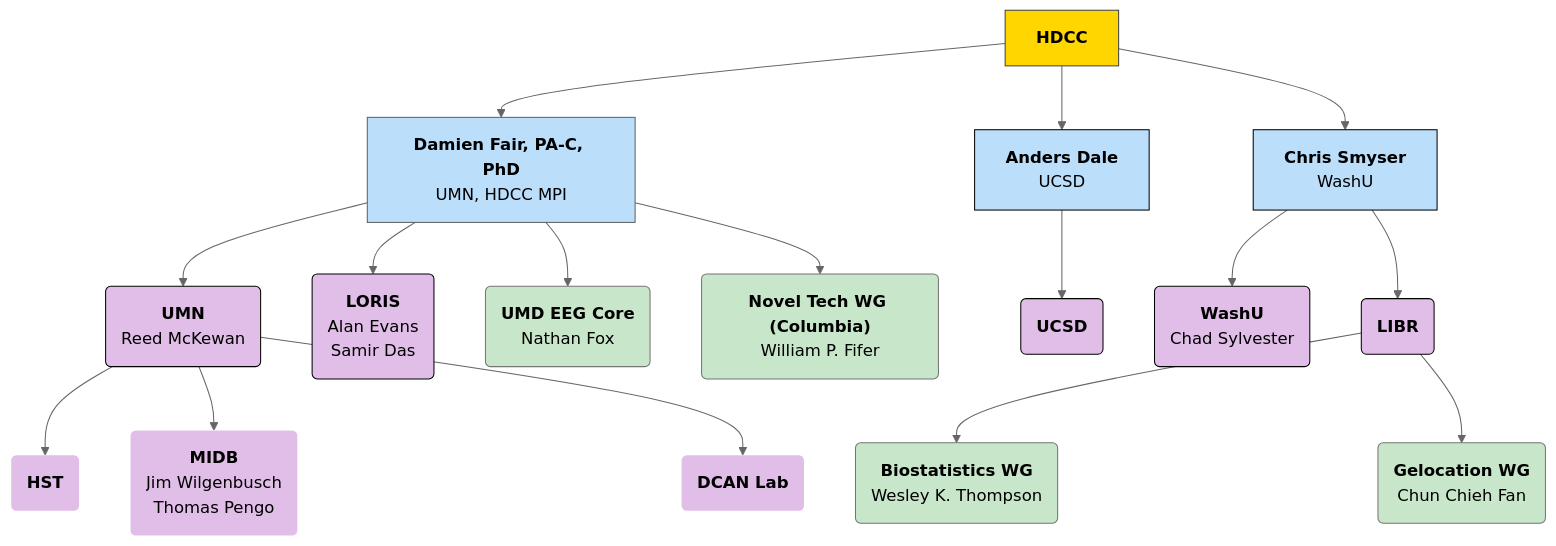
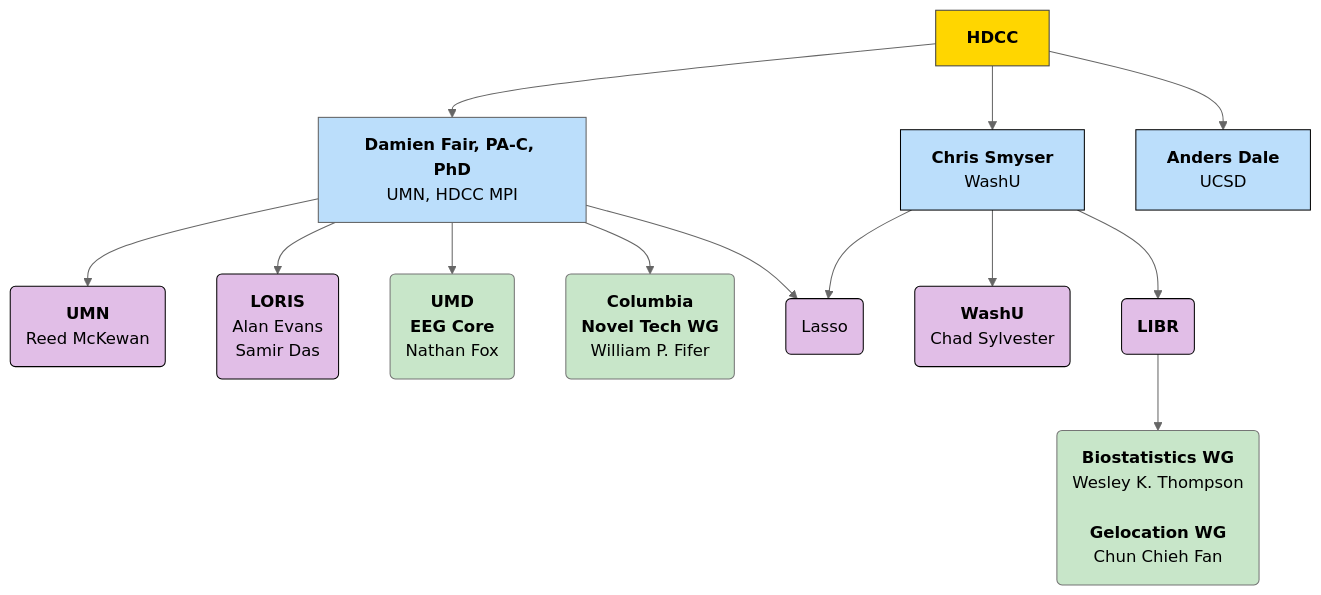
One commit to DCAN-Labs/hbcd-docs-internal changed the first of 10 diagrams in docs/orgcharts.md. Above: the diagram before and after it, drawn with Mermaid (neutral theme). The commit also changed other lines of this file, not shown here.

````diff
--- a/docs/orgcharts.md
+++ b/docs/orgcharts.md
@@ -6,56 +6,44 @@
 ```mermaid
 ---
 config:
   layout: dagre
 ---
 flowchart TB
     A["<strong>HDCC</strong>"] --> E["<b>Damien Fair, PA-C, PhD</b><br>UMN, HDCC MPI"] & n1["<b>Chris Smyser</b><br>WashU"] & n2["<b>Anders Dale</b><br>UCSD"]
-    E --> umn["<b>UMN</b><br>Reed McKewan"] & n7["<b>LORIS</b><br>Alan Evans<br>Samir Das"] & n8["<b>UMD EEG Core</b><br>Nathan Fox"] & n11["<b>Novel Tech WG (Columbia)</b><br>William P. Fifer"]
-    umn --> hst["<b>HST</b>"] & midb["<b>MIDB</b><br>Jim Wilgenbusch<br>Thomas Pengo"] & n6["<b>DCAN Lab</b>"]
-    n2 --> n9["<b>UCSD</b>"]
-    n1 --> n10["<b>WashU</b><br>Chad Sylvester"] & n12["<b>LIBR</b>"]
-    n12 --> n13["<b>Biostatistics WG<br></b>Wesley K. Thompson"] & n14["<b>Gelocation WG</b><br>Chun Chieh Fan"]
+    E --> umn["<b>UMN</b><br>Reed McKewan"] & n7["<b>LORIS</b><br>Alan Evans<br>Samir Das"] & n8["<b>UMD<br>EEG Core</b><br>Nathan Fox"] & n11["<b>Columbia<br>Novel Tech WG</b><br>William P. Fifer"] & n15["Lasso"]
+    n1 --> n10["<b>WashU</b><br>Chad Sylvester"] & n12["<b>LIBR</b>"] & n15
+    n12 --> n13["<b>Biostatistics WG<br></b>Wesley K. Thompson<br>
+    <b>Gelocation WG</b><br>Chun Chieh Fan"]
     A@{ shape: rect}
     E@{ shape: rect}
     n1@{ shape: rect}
     n2@{ shape: rect}
     umn@{ shape: rounded}
     n7@{ shape: rounded}
     n8@{ shape: rounded}
     n11@{ shape: rounded}
-    hst@{ shape: rounded}
-    midb@{ shape: rounded}
-    n6@{ shape: rounded}
-    n9@{ shape: rounded}
+    n15@{ shape: rounded}
     n10@{ shape: rounded}
     n12@{ shape: rounded}
     n13@{ shape: rounded}
-    n14@{ shape: rounded}
     style A fill:#FFD600,stroke:#424242
     style E fill:#BBDEFB,stroke:#616161
     style n1 fill:#BBDEFB,stroke:#000000
     style n2 fill:#BBDEFB,stroke:#000000
     style umn fill:#E1BEE7,stroke:#000000
     style n7 fill:#E1BEE7,stroke:#000000
     style n8 fill:#C8E6C9,stroke:#757575
     style n11 fill:#C8E6C9,stroke:#757575
-    style hst stroke:none,fill:#E1BEE7
-    style midb fill:#E1BEE7,stroke:none
-    style n6 fill:#E1BEE7,stroke:none
-    style n9 fill:#E1BEE7,stroke:#000000
+    style n15 fill:#E1BEE7,stroke:#000000
     style n10 fill:#E1BEE7,stroke:#000000
     style n12 fill:#E1BEE7,stroke:#000000
     style n13 fill:#C8E6C9,stroke:#757575
-    style n14 fill:#C8E6C9,stroke:#757575
+    click n2 "#ucsd"
     click umn "#university-of-minnesota"
     click n7 "#loris"
     click n8 "#umd-eeg-core"
     click n11 "#columbia-university"
-    click hst "#health-sciences-technology"
-    click midb "#midb-informatics-hub-msi"
-    click n6 "#dcan-lab"
-    click n9 "#ucsd"
+    click n15 "#lasso"
     click n10 "#washu"
-    click n13 "#thompson"
-    click n14 "#fan"
+    click n13 "#libr"
 ```
````
